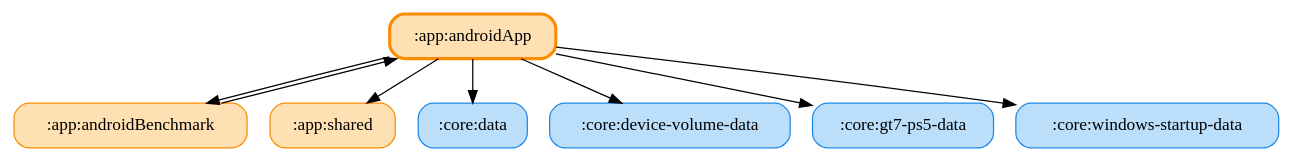
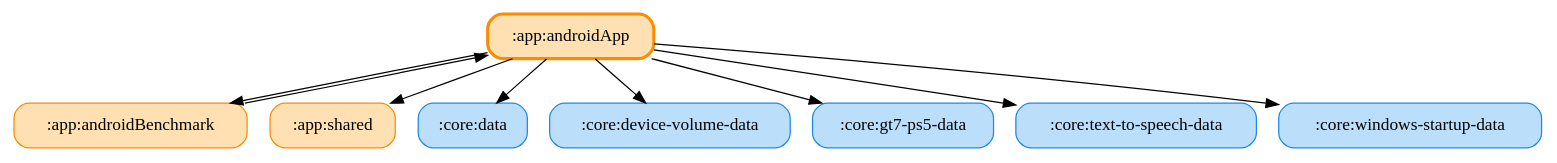
The diagram in docs/graphs/app-androidApp.gv (ai-kurou/KoDriver), drawn with Graphviz before and after one commit. The commit also changed 86 other files, not shown here.

```diff
--- a/docs/graphs/app-androidApp.gv
+++ b/docs/graphs/app-androidApp.gv
@@ -1,18 +1,20 @@
 digraph G {
   rankdir=TB
   node [shape=box, style="rounded,filled"]
   ":app:androidApp" [fillcolor="#FFE0B2", color="#FB8C00", penwidth=2.5]
   ":app:androidBenchmark" [fillcolor="#FFE0B2", color="#FB8C00", penwidth=1]
   ":app:shared" [fillcolor="#FFE0B2", color="#FB8C00", penwidth=1]
   ":core:data" [fillcolor="#BBDEFB", color="#1E88E5", penwidth=1]
   ":core:device-volume-data" [fillcolor="#BBDEFB", color="#1E88E5", penwidth=1]
   ":core:gt7-ps5-data" [fillcolor="#BBDEFB", color="#1E88E5", penwidth=1]
+  ":core:text-to-speech-data" [fillcolor="#BBDEFB", color="#1E88E5", penwidth=1]
   ":core:windows-startup-data" [fillcolor="#BBDEFB", color="#1E88E5", penwidth=1]
   ":app:androidApp" -> ":app:shared"
   ":app:androidApp" -> ":app:androidBenchmark"
   ":app:androidApp" -> ":core:data"
   ":app:androidApp" -> ":core:gt7-ps5-data"
   ":app:androidApp" -> ":core:device-volume-data"
+  ":app:androidApp" -> ":core:text-to-speech-data"
   ":app:androidApp" -> ":core:windows-startup-data"
   ":app:androidBenchmark" -> ":app:androidApp"
 }
```
